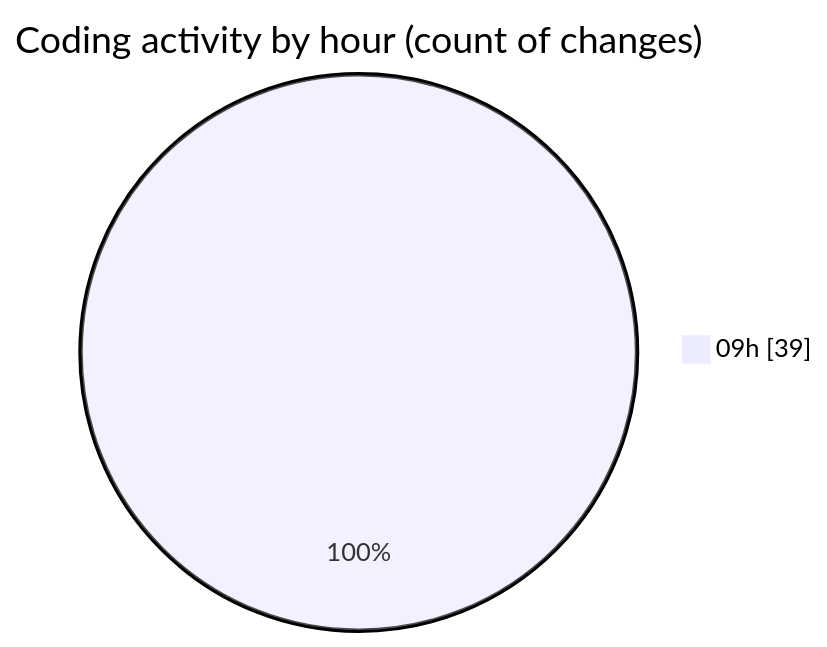
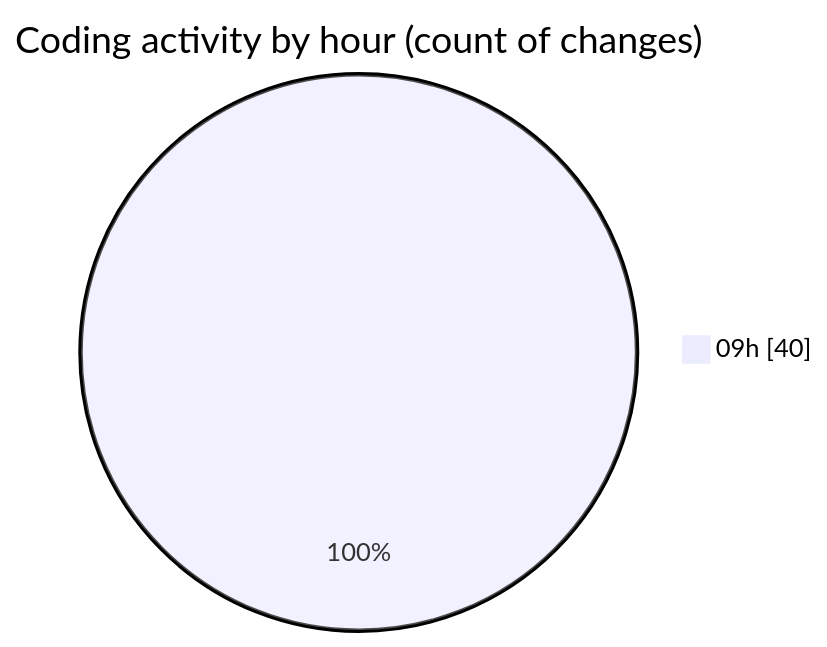
One commit to momahboobian/code-tracking changed the second of 2 diagrams in 2025-03-14/cda/README.md. Above: the diagram before and after it, drawn with Mermaid. The commit also changed other lines of this file and 1 other file, not shown here.

````diff
--- a/2025-03-14/cda/README.md
+++ b/2025-03-14/cda/README.md
@@ -36,5 +37,5 @@
 ```mermaid
 pie showData
 title Coding activity by hour (count of changes)
-"09h" : 39
+"09h" : 40
 ```
````
